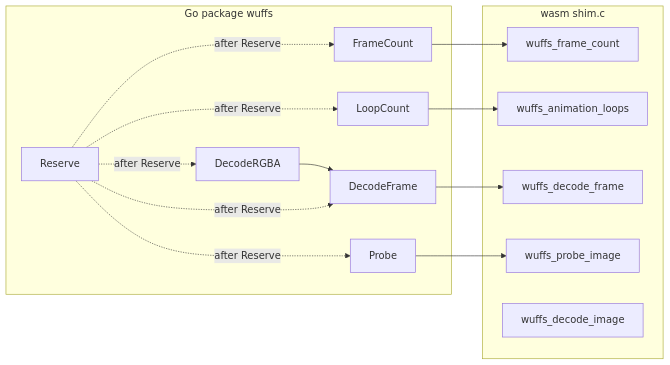
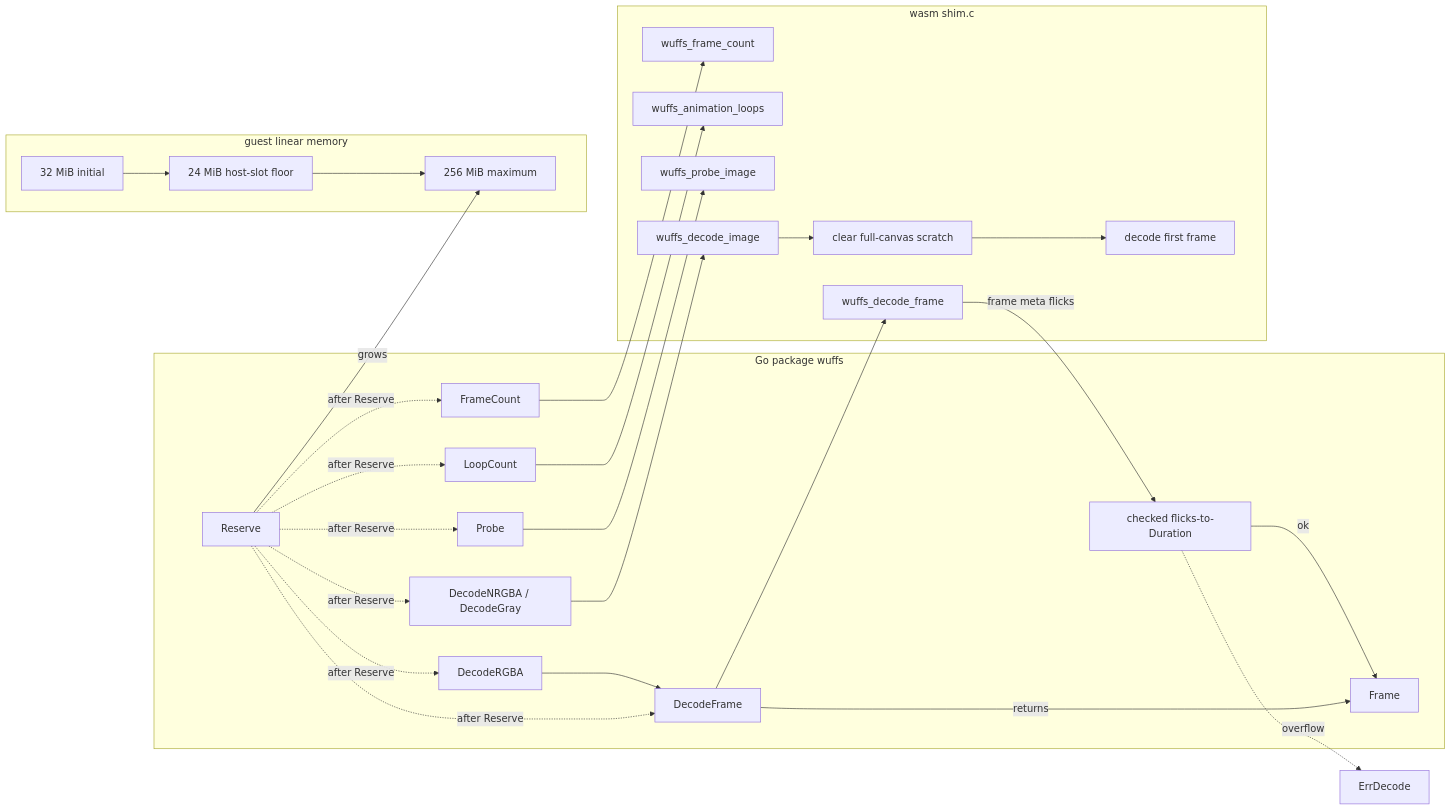
Before and after one commit to lbe/wuffs-wasm: the diagram in docs/DEVELOPMENT.md, drawn with Mermaid. The commit also changed other lines of this file and 41 other files, not shown here.

First line of the commit message:
fix: production readiness for memory, decode scratch, and frame durations

````diff
--- a/docs/DEVELOPMENT.md
+++ b/docs/DEVELOPMENT.md
@@ -202,28 +221,47 @@
 ```mermaid
 flowchart LR
   subgraph host [Go package wuffs]
     FC[FrameCount]
     LC[LoopCount]
     DF[DecodeFrame]
     DR[DecodeRGBA]
+    DUR[checked flicks-to-Duration]
+    FR[Frame]
+    DNG[DecodeNRGBA / DecodeGray]
     PR[Probe]
     RS[Reserve]
   end
   subgraph guest [wasm shim.c]
     WFC[wuffs_frame_count]
     WAL[wuffs_animation_loops]
     WDF[wuffs_decode_frame]
     WPR[wuffs_probe_image]
     WDI[wuffs_decode_image]
+    CLR[clear full-canvas scratch]
+    WDFR[decode first frame]
+  end
+  subgraph mem [guest linear memory]
+    BASE[32 MiB initial]
+    FLOOR[24 MiB host-slot floor]
+    MAX[256 MiB maximum]
   end
   PR --> WPR
   FC --> WFC
   LC --> WAL
   DF --> WDF
+  WDF -->|frame meta flicks| DUR
+  DUR -->|ok| FR
+  DUR -.->|overflow| ERR[ErrDecode]
+  DF -->|returns| FR
   DR --> DF
+  DNG --> WDI
+  WDI --> CLR --> WDFR
   RS -.->|after Reserve| PR
   RS -.->|after Reserve| FC
   RS -.->|after Reserve| LC
   RS -.->|after Reserve| DF
   RS -.->|after Reserve| DR
+  RS -.->|after Reserve| DNG
+  RS -->|grows| MAX
+  BASE --> FLOOR --> MAX
 ```
````
